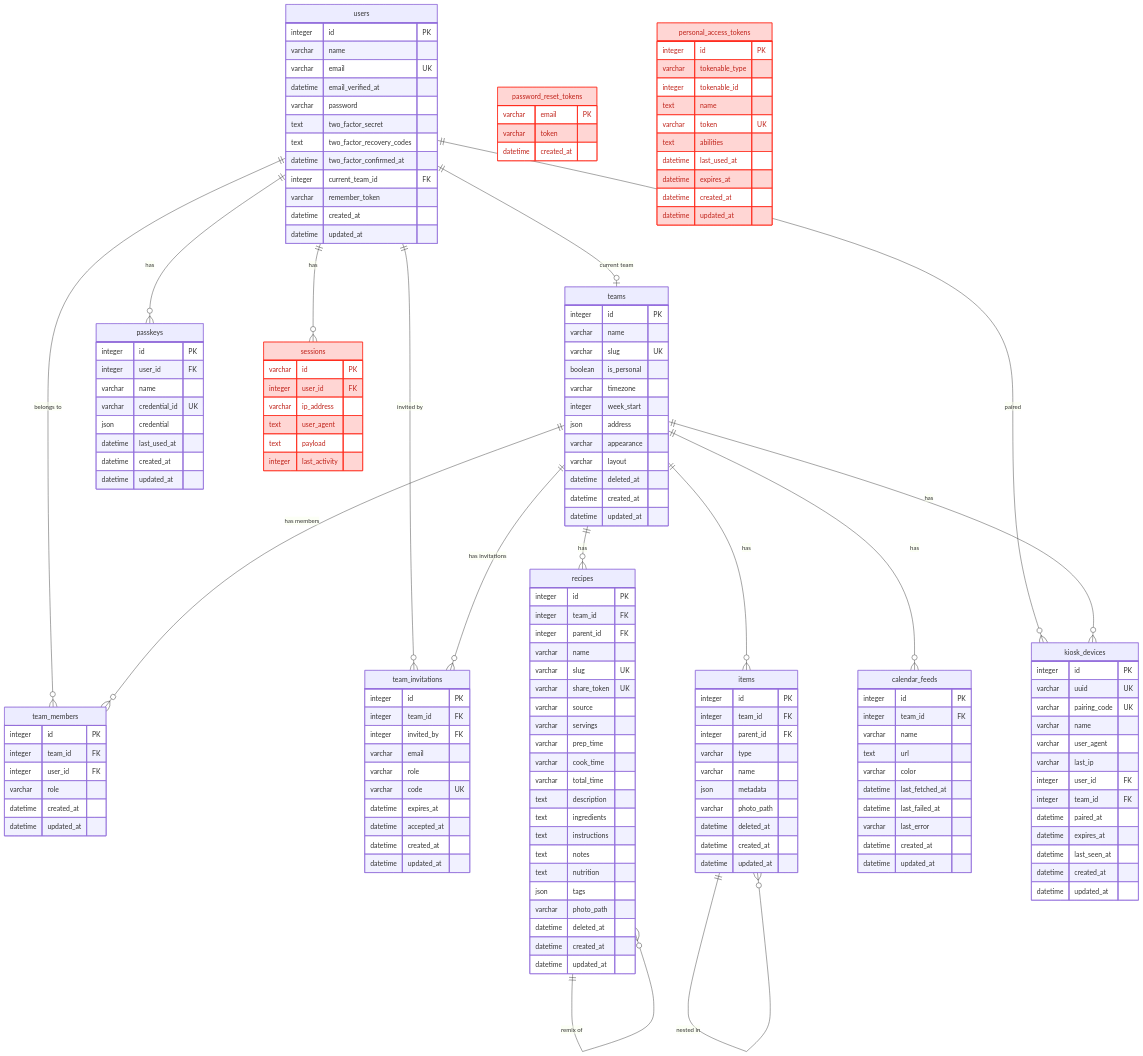
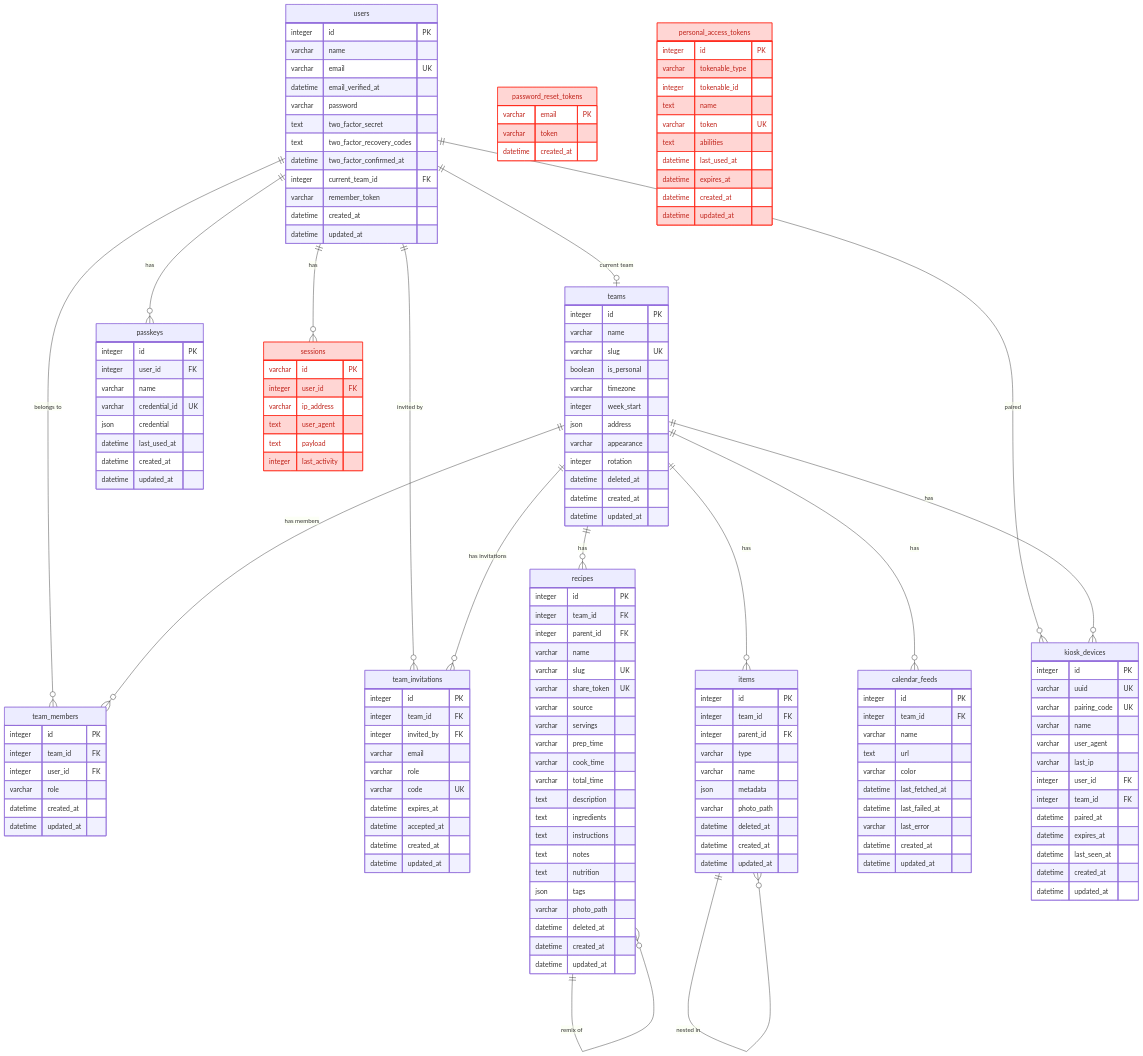
One commit to techenby/sunny changed the diagram in README.md. Above: the diagram before and after it, drawn with Mermaid. The commit also changed 17 other files, not shown here.

```diff
--- a/README.md
+++ b/README.md
@@ -94,7 +94,7 @@
 		integer week_start  ""
 		json address  ""
 		varchar appearance  ""
-		varchar layout  ""
+		integer rotation  ""
 		datetime deleted_at  ""
 		datetime created_at  ""
 		datetime updated_at  ""
```
